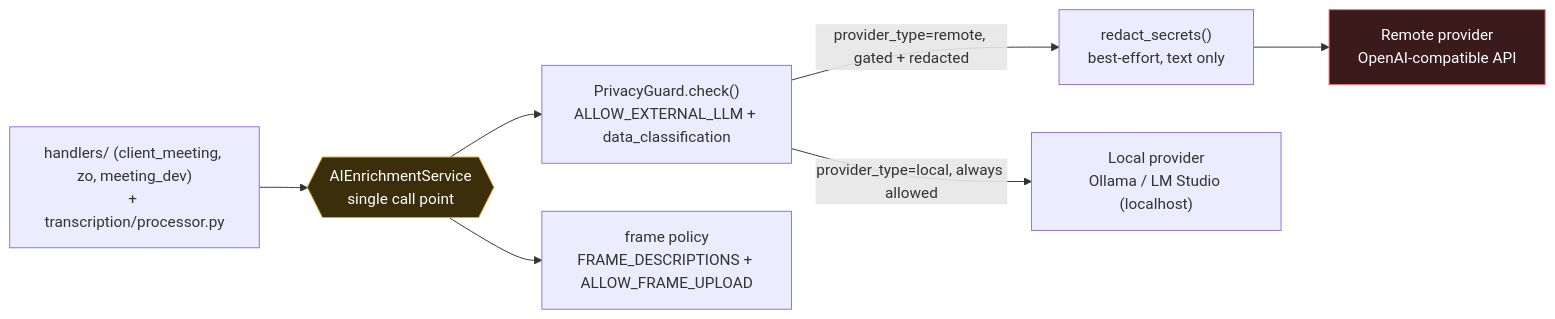
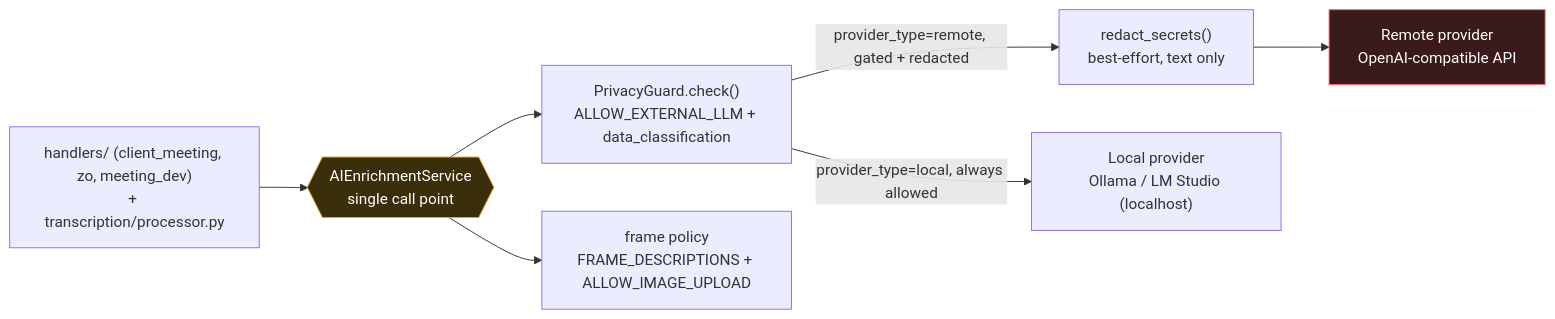
Before and after one commit to jagzao/zo_whisper2: the second of 2 diagrams in README.md, drawn with Mermaid. The commit also changed other lines of this file and 11 other files, not shown here.

First line of the commit message:
privacy: rename ALLOW_FRAME_UPLOAD to ALLOW_IMAGE_UPLOAD

````diff
--- a/README.md
+++ b/README.md
@@ -127,18 +127,18 @@
 ```mermaid
 flowchart LR
     HAND["handlers/ (client_meeting, zo, meeting_dev)<br/>+ transcription/processor.py"]
     SVC{{"AIEnrichmentService<br/>single call point"}}
     GUARD["PrivacyGuard.check()<br/>ALLOW_EXTERNAL_LLM + data_classification"]
-    FRAME["frame policy<br/>FRAME_DESCRIPTIONS + ALLOW_FRAME_UPLOAD"]
+    FRAME["frame policy<br/>FRAME_DESCRIPTIONS + ALLOW_IMAGE_UPLOAD"]
     REDACT["redact_secrets()<br/>best-effort, text only"]
     LOCAL["Local provider<br/>Ollama / LM Studio (localhost)"]
     REMOTE["Remote provider<br/>OpenAI-compatible API"]
 
     HAND --> SVC --> GUARD
     SVC --> FRAME
     GUARD -->|provider_type=local, always allowed| LOCAL
     GUARD -->|provider_type=remote, gated + redacted| REDACT --> REMOTE
 
     style REMOTE fill:#3a1a1a,stroke:#ff6b6b,color:#fff
     style SVC fill:#3a2f0a,stroke:#e0a72b,color:#fff
 ```
````
